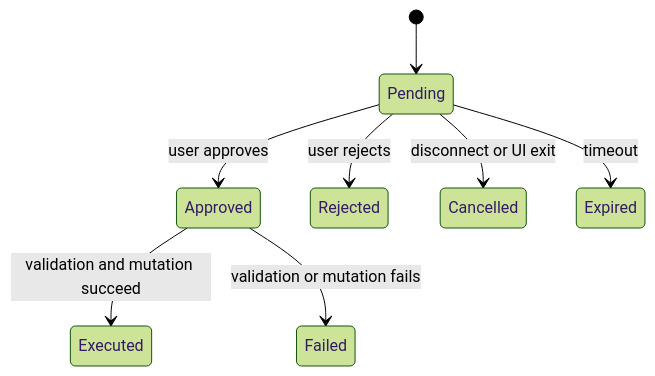
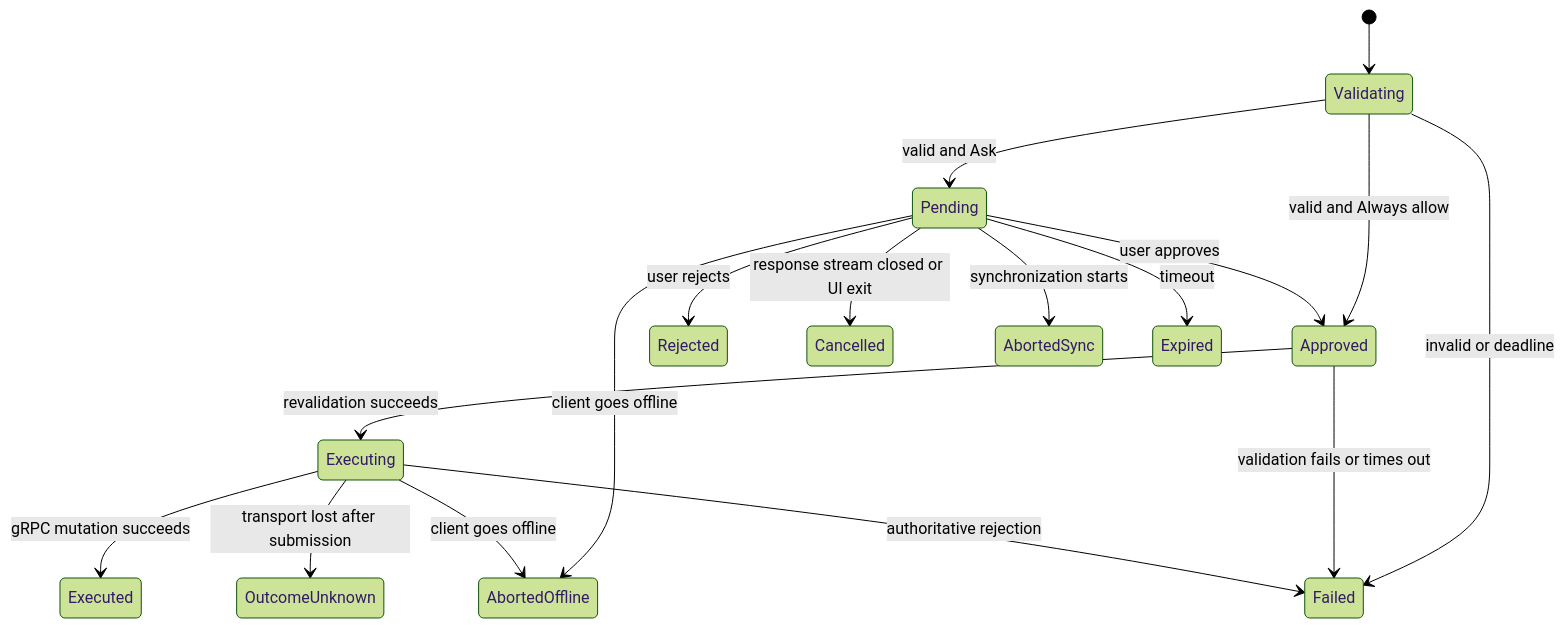
Before and after one commit to jgaa/next-app: the second of 4 diagrams in doc/nextapp-agent-support-spec.md, drawn with Mermaid (forest theme). The commit also changed other lines of this file and 23 other files, not shown here.

````diff
--- a/doc/nextapp-agent-support-spec.md
+++ b/doc/nextapp-agent-support-spec.md
@@ -207,10 +268,19 @@
 ```mermaid
 stateDiagram-v2
-    [*] --> Pending
+    [*] --> Validating
+    Validating --> Pending: valid and Ask
+    Validating --> Approved: valid and Always allow
+    Validating --> Failed: invalid or deadline
     Pending --> Approved: user approves
     Pending --> Rejected: user rejects
-    Pending --> Cancelled: disconnect or UI exit
+    Pending --> Cancelled: response stream closed or UI exit
+    Pending --> AbortedSync: synchronization starts
+    Pending --> AbortedOffline: client goes offline
     Pending --> Expired: timeout
-    Approved --> Executed: validation and mutation succeed
-    Approved --> Failed: validation or mutation fails
+    Approved --> Executing: revalidation succeeds
+    Approved --> Failed: validation fails or times out
+    Executing --> Executed: gRPC mutation succeeds
+    Executing --> Failed: authoritative rejection
+    Executing --> AbortedOffline: client goes offline
+    Executing --> OutcomeUnknown: transport lost after submission
 ```
````
